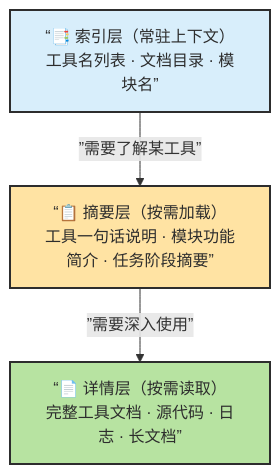
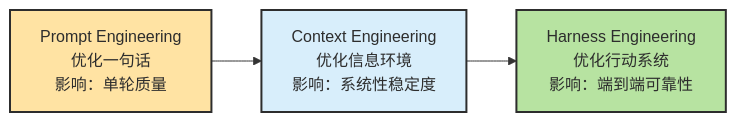
Before and after one commit to zht043/AgenticCodingTutorial: the ninth of 10 diagrams in docs/chapters/ch11-memory-context-harness.md, drawn with Mermaid. The commit also changed other lines of this file and 23 other files, not shown here.

````diff
--- a/docs/chapters/ch11-memory-context-harness.md
+++ b/docs/chapters/ch11-memory-context-harness.md
@@ -628,13 +337,8 @@
 ```mermaid
-flowchart TB
-    classDef index fill:#d8eefb,stroke:#2d2d2d,stroke-width:2px,color:#2d2d2d
-    classDef summary fill:#ffe3a3,stroke:#2d2d2d,stroke-width:2px,color:#2d2d2d
-    classDef detail fill:#b7e3a1,stroke:#2d2d2d,stroke-width:2px,color:#2d2d2d
+flowchart LR
+    classDef pe fill:#ffe3a3,stroke:#2d2d2d,stroke-width:2px,color:#2d2d2d
+    classDef ce fill:#d8eefb,stroke:#2d2d2d,stroke-width:2px,color:#2d2d2d
+    classDef he fill:#b7e3a1,stroke:#2d2d2d,stroke-width:2px,color:#2d2d2d
 
-    L1[“📑 索引层（常驻上下文）<br/>工具名列表 · 文档目录 · 模块名”]:::index
-    L2[“📋 摘要层（按需加载）<br/>工具一句话说明 · 模块功能简介 · 任务阶段摘要”]:::summary
-    L3[“📄 详情层（按需读取）<br/>完整工具文档 · 源代码 · 日志 · 长文档”]:::detail
-
-    L1 -->|”需要了解某工具”| L2
-    L2 -->|”需要深入使用”| L3
+    PE["Prompt Engineering<br/>优化一句话<br/>影响：单轮质量"]:::pe --> CE["Context Engineering<br/>优化信息环境<br/>影响：系统性稳定度"]:::ce --> HE["Harness Engineering<br/>优化行动系统<br/>影响：端到端可靠性"]:::he
 ```
````
